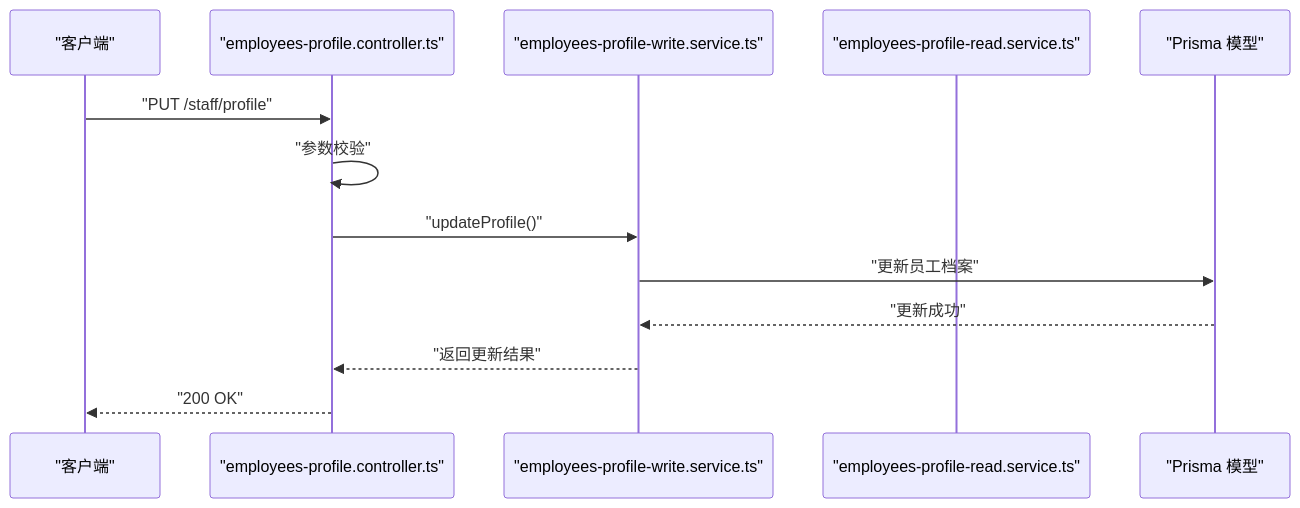
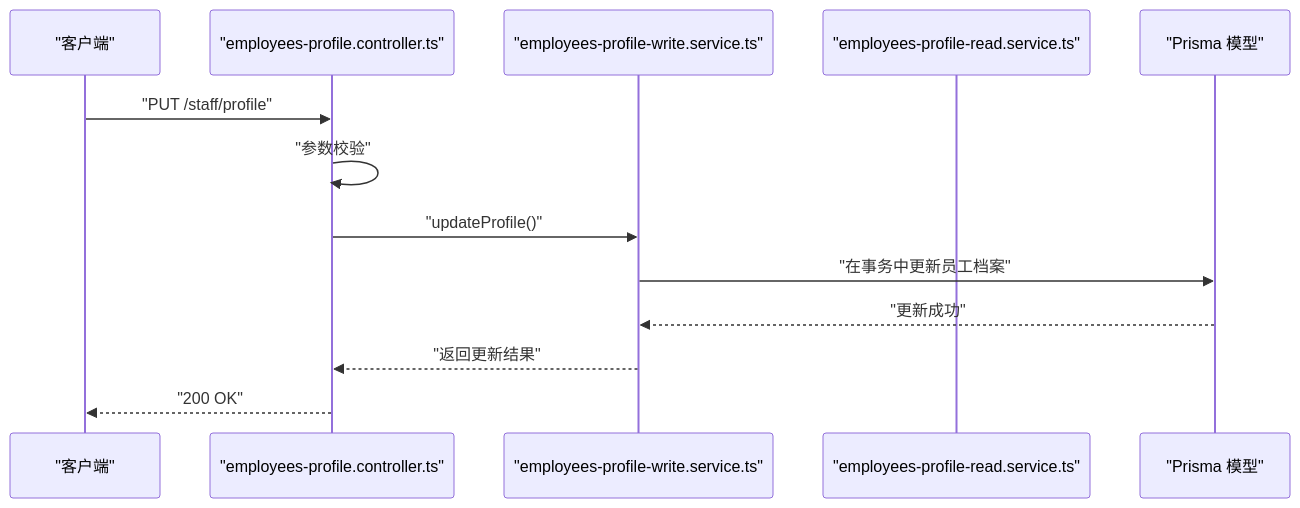
The third of 8 diagrams in .qoder/repowiki/zh/content/业务模块/员工管理模块/员工管理模块.md (rc558620/purelyprofit-server), drawn with Mermaid before and after one commit. The commit also changed other lines of this file and 35 other files, not shown here.

````diff
--- a/.qoder/repowiki/zh/content/业务模块/员工管理模块/员工管理模块.md
+++ b/.qoder/repowiki/zh/content/业务模块/员工管理模块/员工管理模块.md
@@ -177,15 +195,15 @@
 ```mermaid
 sequenceDiagram
 participant Client as "客户端"
 participant EmpCtrl as "employees-profile.controller.ts"
 participant EmpSvc as "employees-profile-write.service.ts"
 participant EmpRead as "employees-profile-read.service.ts"
 participant Prisma as "Prisma 模型"
 Client->>EmpCtrl : "PUT /staff/profile"
 EmpCtrl->>EmpCtrl : "参数校验"
 EmpCtrl->>EmpSvc : "updateProfile()"
-EmpSvc->>Prisma : "更新员工档案"
+EmpSvc->>Prisma : "在事务中更新员工档案"
 Prisma-->>EmpSvc : "更新成功"
 EmpSvc-->>EmpCtrl : "返回更新结果"
 EmpCtrl-->>Client : "200 OK"
 ```
````
